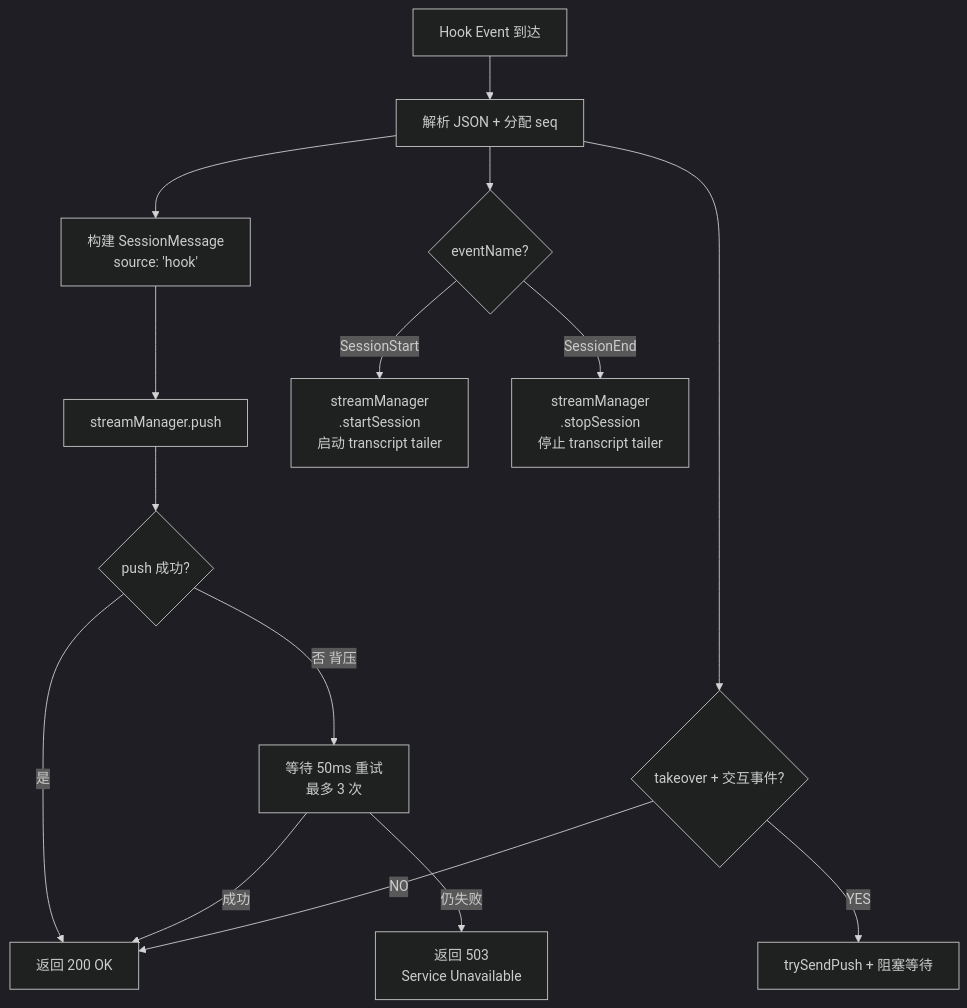
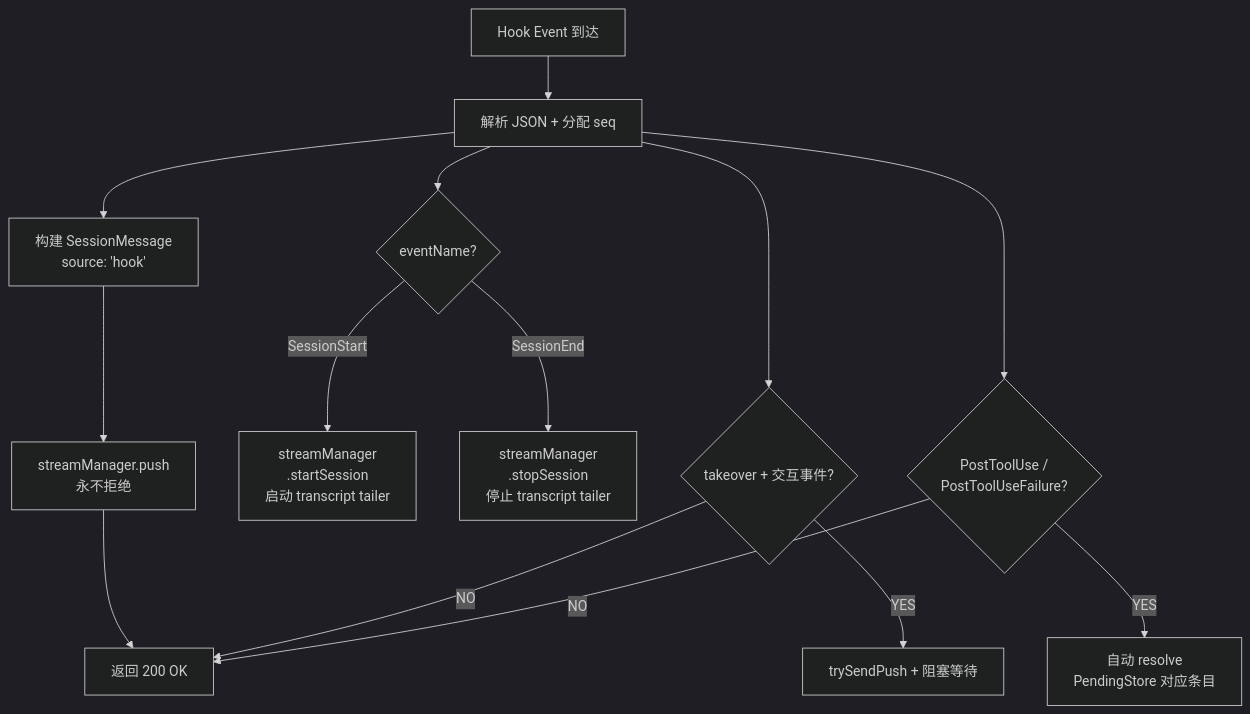
One commit to Menfre01/mypilot changed the ninth of 10 diagrams in docs/transcript-tailer-architecture.md. Above: the diagram before and after it, drawn with Mermaid (dark theme). The commit also changed other lines of this file and 25 other files, not shown here.

````diff
--- a/docs/transcript-tailer-architecture.md
+++ b/docs/transcript-tailer-architecture.md
@@ -660,19 +526,19 @@
 ```mermaid
 flowchart TD
     HK[Hook Event 到达] --> PARSE[解析 JSON + 分配 seq]
     PARSE --> MSG[构建 SessionMessage<br/>source: 'hook']
-    MSG --> PUSH[streamManager.push]
-    PUSH --> CHECK{push 成功?}
-    CHECK -->|是| RESP[返回 200 OK]
-    CHECK -->|否 背压| RETRY[等待 50ms 重试<br/>最多 3 次]
-    RETRY -->|仍失败| ERR[返回 503<br/>Service Unavailable]
-    RETRY -->|成功| RESP
+    MSG --> PUSH[streamManager.push<br/>永不拒绝]
+    PUSH --> RESP[返回 200 OK]
 
     PARSE --> SESSION{eventName?}
     SESSION -->|SessionStart| CREATE[streamManager<br/>.startSession<br/>启动 transcript tailer]
     SESSION -->|SessionEnd| DESTROY[streamManager<br/>.stopSession<br/>停止 transcript tailer]
 
     PARSE --> INT{takeover + 交互事件?}
     INT -->|YES| PUSH2[trySendPush + 阻塞等待]
     INT -->|NO| RESP
+
+    PARSE --> RESOLVE{PostToolUse /<br/>PostToolUseFailure?}
+    RESOLVE -->|YES| AUTO[自动 resolve<br/>PendingStore 对应条目]
+    RESOLVE -->|NO| RESP
 ```
````
